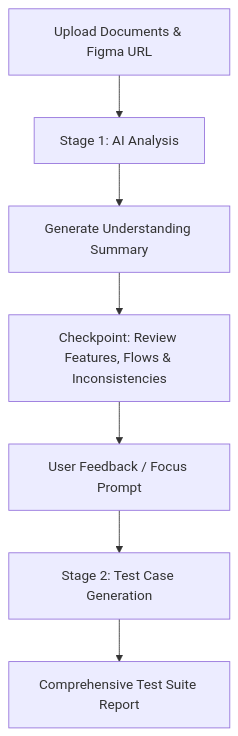
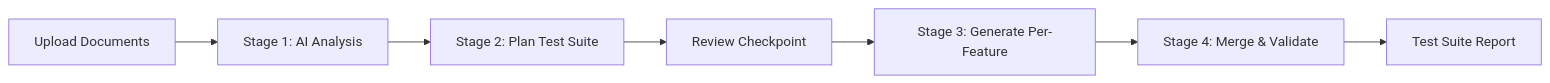
One commit to Rudra-Gupta15/AI-Test-Case-Generator changed the diagram in README.md. Above: the diagram before and after it, drawn with Mermaid. The commit also changed other lines of this file, not shown here.

````diff
--- a/README.md
+++ b/README.md
@@ -9,9 +9,9 @@
 ```mermaid
-graph TD
-    A[Upload Documents & Figma URL] --> B[Stage 1: AI Analysis]
-    B --> C[Generate Understanding Summary]
-    C --> D[Checkpoint: Review Features, Flows & Inconsistencies]
-    D --> E[User Feedback / Focus Prompt]
-    E --> F[Stage 2: Test Case Generation]
-    F --> G[Comprehensive Test Suite Report]
+graph LR
+    A[Upload Documents] --> B[Stage 1: AI Analysis]
+    B --> C[Stage 2: Plan Test Suite]
+    C --> D[Review Checkpoint]
+    D --> E[Stage 3: Generate Per-Feature]
+    E --> F[Stage 4: Merge & Validate]
+    F --> G[Test Suite Report]
 ```
````
